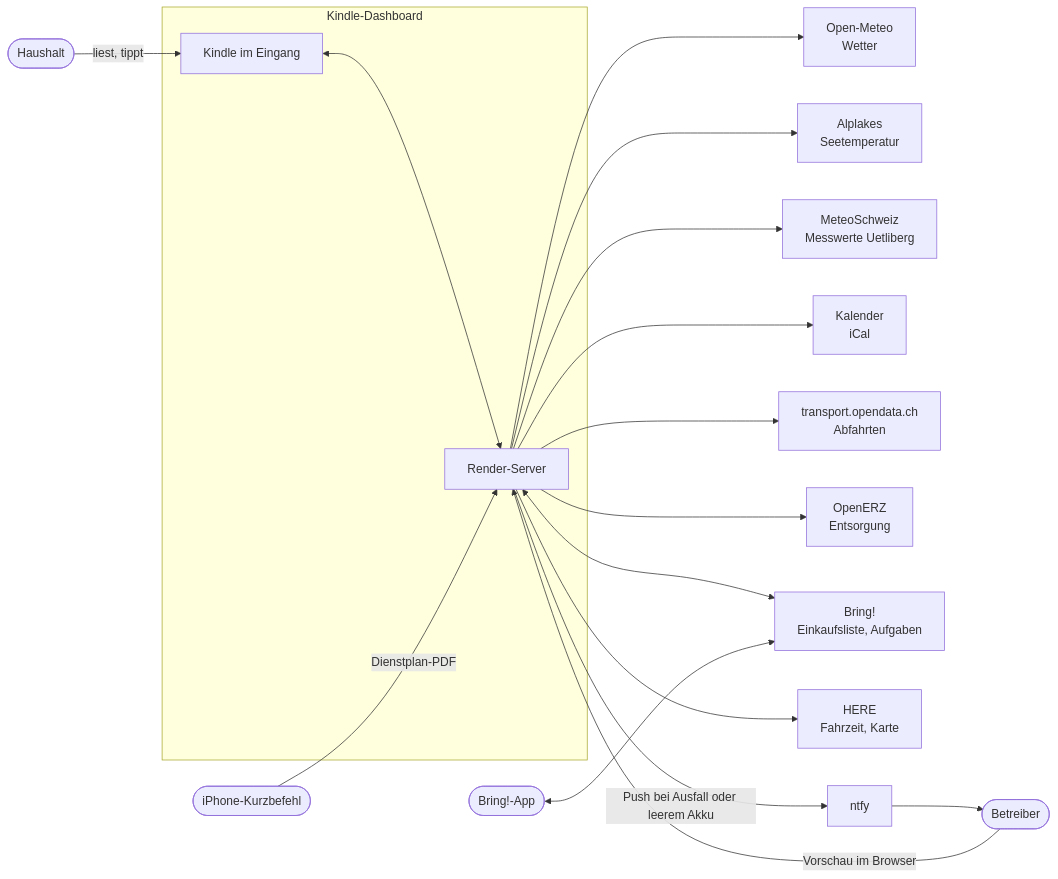
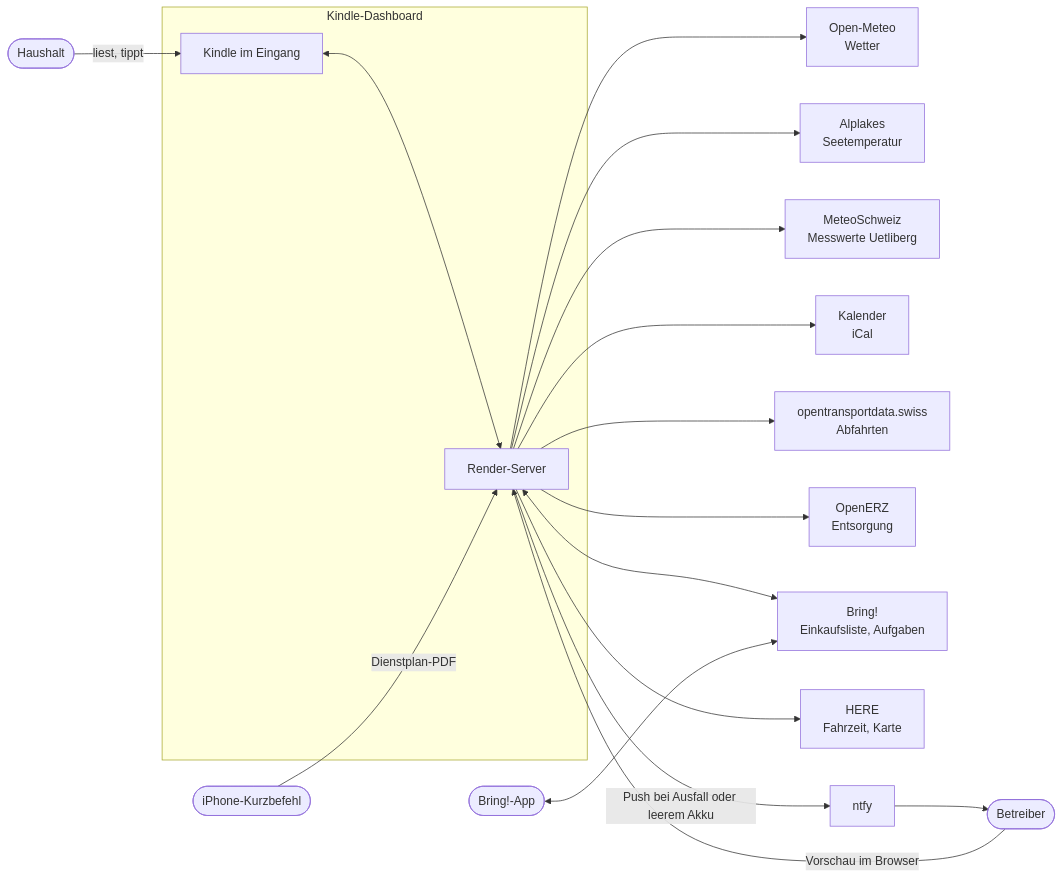
The first of 11 diagrams in docs/architektur/arc42.md (pfederi/kindle-dashboard), drawn with Mermaid before and after one commit. The commit also changed other lines of this file and 6 other files, not shown here.

Commit message:
Rückfall auf transport.opendata.ch entfernt: OPENTRANSPORTDATA_KEY ist Pflicht

````diff
--- a/docs/architektur/arc42.md
+++ b/docs/architektur/arc42.md
@@ -87,22 +87,22 @@
 ```mermaid
 flowchart LR
   user([Haushalt])
   subgraph system [Kindle-Dashboard]
     kindle[Kindle im Eingang]
     server[Render-Server]
   end
   user -- liest, tippt --> kindle
   kindle <--> server
   server --> meteo[Open-Meteo<br/>Wetter]
   server --> alplakes[Alplakes<br/>Seetemperatur]
   server --> smn[MeteoSchweiz<br/>Messwerte Uetliberg]
   server --> ics[Kalender<br/>iCal]
-  server --> transport[transport.opendata.ch<br/>Abfahrten]
+  server --> transport[opentransportdata.swiss<br/>Abfahrten]
   server --> erz[OpenERZ<br/>Entsorgung]
   server <--> bring[Bring!<br/>Einkaufsliste, Aufgaben]
   server --> here[HERE<br/>Fahrzeit, Karte]
   admin([Betreiber]) -- Vorschau im Browser --> server
   phone([iPhone-Kurzbefehl]) -- Dienstplan-PDF --> server
   bringapp([Bring!-App]) <--> bring
   server -- Push bei Ausfall oder leerem Akku --> ntfy[ntfy] --> admin
 ```
````
